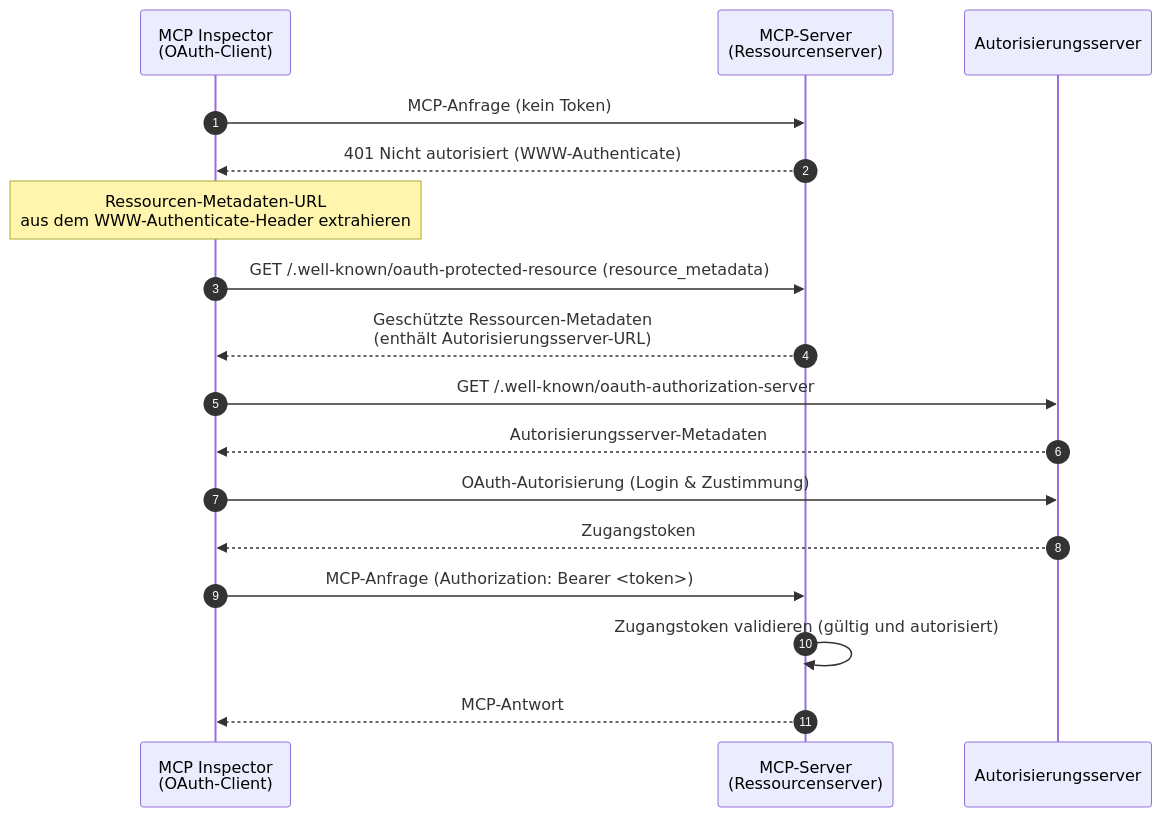
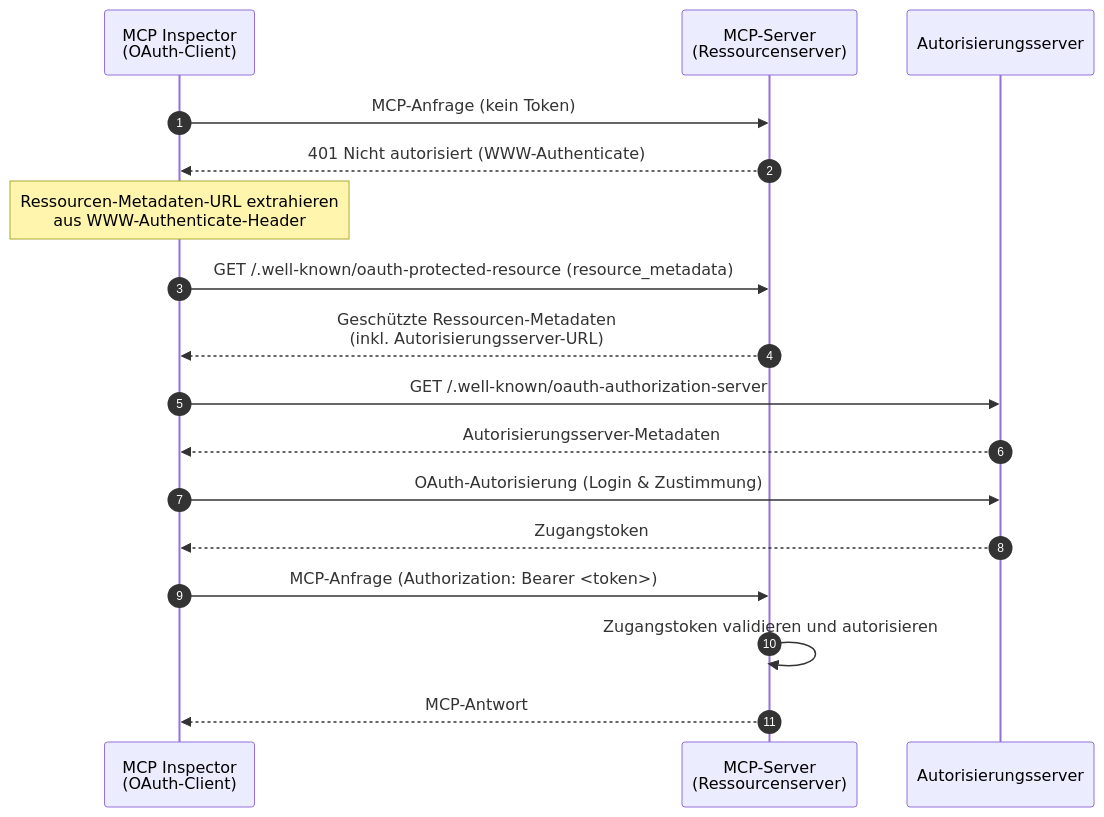
One commit to mcp-auth/docs changed the first of 2 diagrams in i18n/de/docusaurus-plugin-content-docs/current/tutorials/todo-manager/README.mdx. Above: the diagram before and after it, drawn with Mermaid. The commit also changed other lines of this file and 53 other files, not shown here.

````diff
--- a/i18n/de/docusaurus-plugin-content-docs/current/tutorials/todo-manager/README.mdx
+++ b/i18n/de/docusaurus-plugin-content-docs/current/tutorials/todo-manager/README.mdx
@@ -35,23 +38,23 @@
 ```mermaid
 sequenceDiagram
   autonumber
   participant Client as MCP Inspector<br/>(OAuth-Client)
   participant RS as MCP-Server<br/>(Ressourcenserver)
   participant AS as Autorisierungsserver
 
   Client->>RS: MCP-Anfrage (kein Token)
   RS-->>Client: 401 Nicht autorisiert (WWW-Authenticate)
-  Note over Client: Ressourcen-Metadaten-URL<br/>aus dem WWW-Authenticate-Header extrahieren
+  Note over Client: Ressourcen-Metadaten-URL extrahieren<br/>aus WWW-Authenticate-Header
 
   Client->>RS: GET /.well-known/oauth-protected-resource (resource_metadata)
-  RS-->>Client: Geschützte Ressourcen-Metadaten<br/>(enthält Autorisierungsserver-URL)
+  RS-->>Client: Geschützte Ressourcen-Metadaten<br/>(inkl. Autorisierungsserver-URL)
 
   Client->>AS: GET /.well-known/oauth-authorization-server
   AS-->>Client: Autorisierungsserver-Metadaten
   Client->>AS: OAuth-Autorisierung (Login & Zustimmung)
   AS-->>Client: Zugangstoken
 
   Client->>RS: MCP-Anfrage (Authorization: Bearer <token>)
-  RS->>RS: Zugangstoken validieren (gültig und autorisiert)
+  RS->>RS: Zugangstoken validieren und autorisieren
   RS-->>Client: MCP-Antwort
 ```
````
